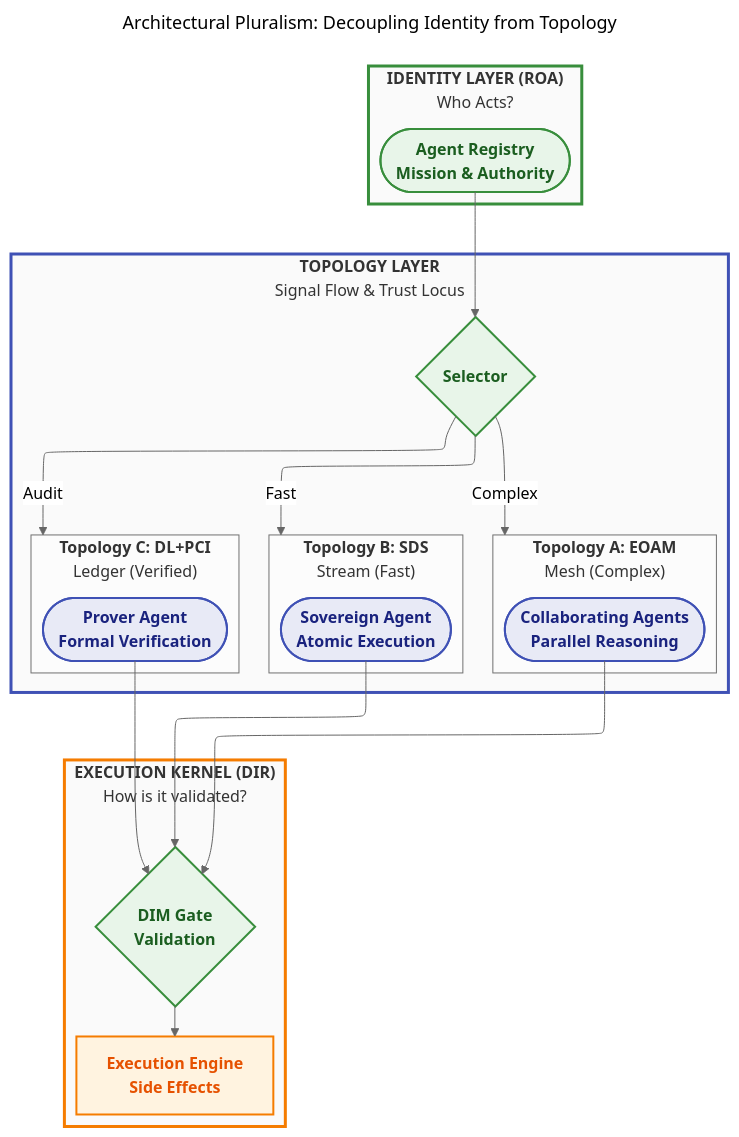
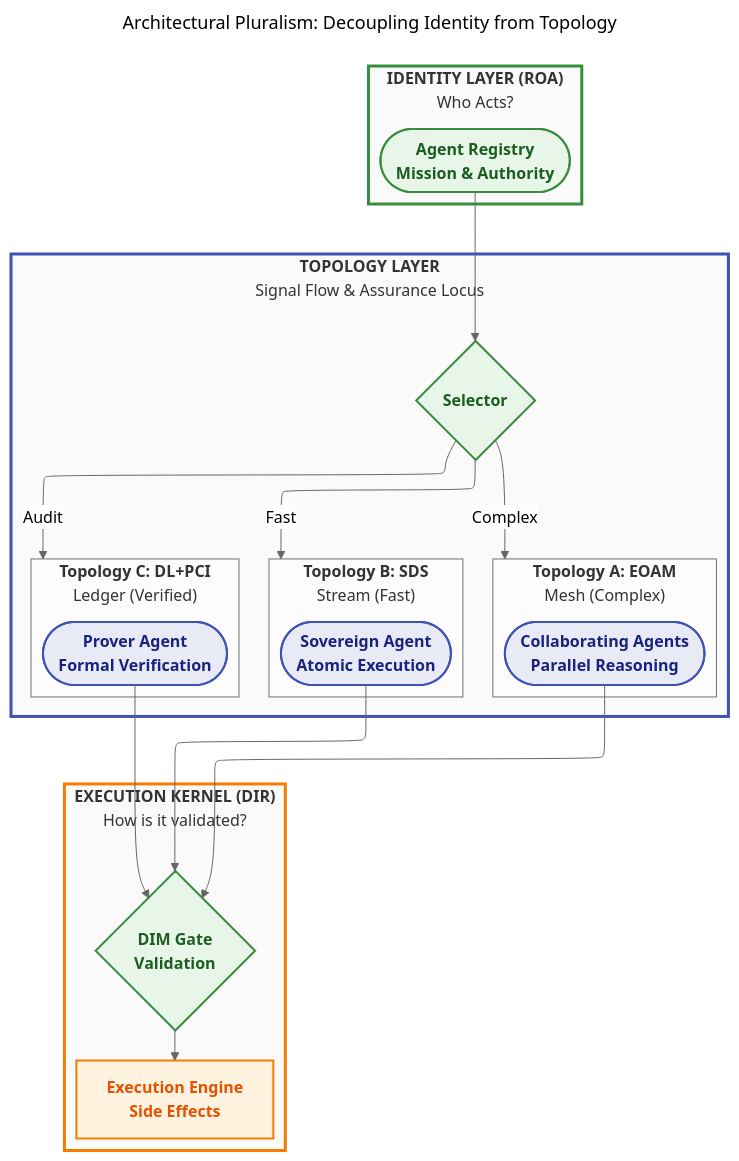
One commit to huka81/decision-intelligence-runtime changed the first of 9 diagrams in docs/03-topologies/DIR_Topologies.md. Above: the diagram before and after it, drawn with Mermaid. The commit also changed other lines of this file and 5 other files, not shown here.

````diff
--- a/docs/03-topologies/DIR_Topologies.md
+++ b/docs/03-topologies/DIR_Topologies.md
@@ -51,54 +51,54 @@
 ```mermaid
 ---
 title: "Architectural Pluralism: Decoupling Identity from Topology"
 config:
   layout: elk
   theme: neutral
   look: classic
 ---
 flowchart TB
     classDef userSpace fill:#E8EAF6,stroke:#3F51B5,stroke-width:2px,color:#1A237E,font-weight:bold;
     classDef kernelSpace fill:#E8F5E9,stroke:#388E3C,stroke-width:2px,color:#1B5E20,font-weight:bold;
     classDef infraSpace fill:#FFF3E0,stroke:#F57C00,stroke-width:2px,color:#E65100,font-weight:bold;
 
     subgraph Identity_Layer ["`**IDENTITY LAYER (ROA)**<br/>Who Acts?`"]
         Registry(["`**Agent Registry**<br/>Mission & Authority`"]):::kernelSpace
     end
 
-    subgraph Topology_Selector ["`**TOPOLOGY LAYER**<br/>Signal Flow & Trust Locus`"]
+    subgraph Topology_Selector ["`**TOPOLOGY LAYER**<br/>Signal Flow & Assurance Locus`"]
         direction TB
         Selector{"`**Selector**`"}:::kernelSpace
         
         subgraph EOAM ["`**Topology A: EOAM**<br/>Mesh (Complex)`"]
             MeshAgents(["`**Collaborating Agents**<br/>Parallel Reasoning`"]):::userSpace
         end
         
         subgraph SDS ["`**Topology B: SDS**<br/>Stream (Fast)`"]
             StreamAgent(["`**Sovereign Agent**<br/>Atomic Execution`"]):::userSpace
         end
 
         subgraph DL ["`**Topology C: DL+PCI**<br/>Ledger (Verified)`"]
             LedgerAgent(["`**Prover Agent**<br/>Formal Verification`"]):::userSpace
         end
     end
 
     subgraph Execution_Kernel ["`**EXECUTION KERNEL (DIR)**<br/>How is it validated?`"]
         DIM{"`**DIM Gate**<br/>Validation`"}:::kernelSpace
         Engine["`**Execution Engine**<br/>Side Effects`"]:::infraSpace
     end
 
     Registry --> Selector
     Selector -->|Complex| EOAM
     Selector -->|Fast| SDS
     Selector -->|Audit| DL
     
     MeshAgents --> DIM
     StreamAgent --> DIM
     LedgerAgent --> DIM
     
     DIM --> Engine
 
     style Identity_Layer fill:#FAFAFA,stroke:#388E3C,stroke-width:3px
     style Topology_Selector fill:#FAFAFA,stroke:#3F51B5,stroke-width:3px
     style Execution_Kernel fill:#FAFAFA,stroke:#F57C00,stroke-width:3px
 ```
````
